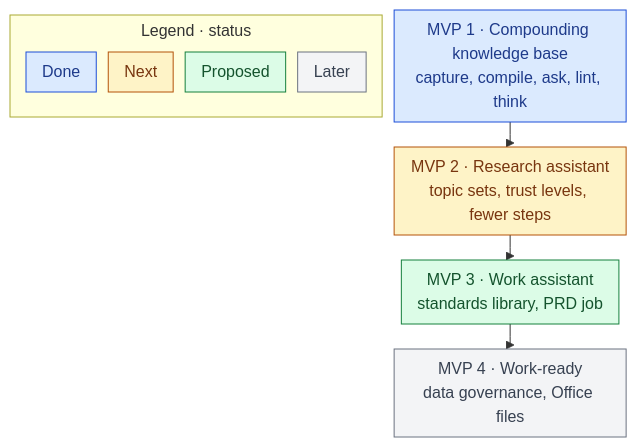
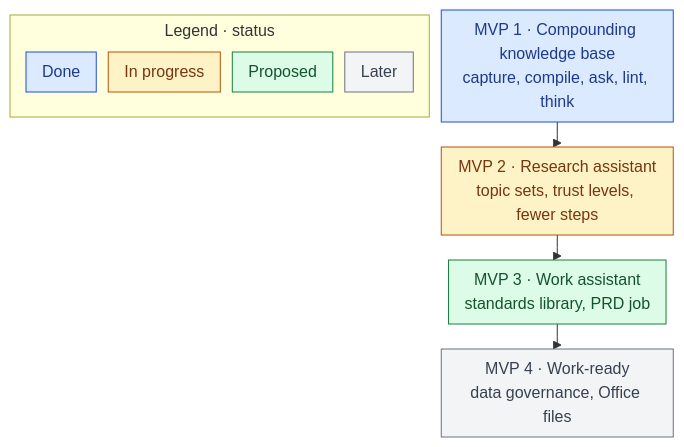
One commit to quocnguyen13/second-brain changed the second of 2 diagrams in mine/projects/thinking-system/10 Product Vision.md. Above: the diagram before and after it, drawn with Mermaid. The commit also changed other lines of this file and 5 other files, not shown here.

````diff
--- a/mine/projects/thinking-system/10 Product Vision.md
+++ b/mine/projects/thinking-system/10 Product Vision.md
@@ -98,20 +98,20 @@
 ```mermaid
 %%{init: {"flowchart": {"curve": "step", "useMaxWidth": true, "nodeSpacing": 12, "rankSpacing": 25, "padding": 8, "subGraphTitleMargin": {"top": 4, "bottom": 8}}}}%%
 flowchart TD
     subgraph LEG["Legend · status"]
         direction TB
         L1["Done"]:::done
-        L4["Next"]:::next
+        L4["In progress"]:::next
         L2["Proposed"]:::prop
         L3["Later"]:::later
     end
     M1["MVP 1 · Compounding knowledge base<br/>capture, compile, ask, lint, think"]:::done
     M2["MVP 2 · Research assistant<br/>topic sets, trust levels, fewer steps"]:::next
     M3["MVP 3 · Work assistant<br/>standards library, PRD job"]:::prop
     M4["MVP 4 · Work-ready<br/>data governance, Office files"]:::later
     M1 --> M2 --> M3 --> M4
     classDef done fill:#dbeafe,stroke:#1d4ed8,color:#1e3a8a
     classDef next fill:#fef3c7,stroke:#b45309,color:#78350f
     classDef prop fill:#dcfce7,stroke:#15803d,color:#14532d
     classDef later fill:#f3f4f6,stroke:#6b7280,color:#374151
 ```
````
